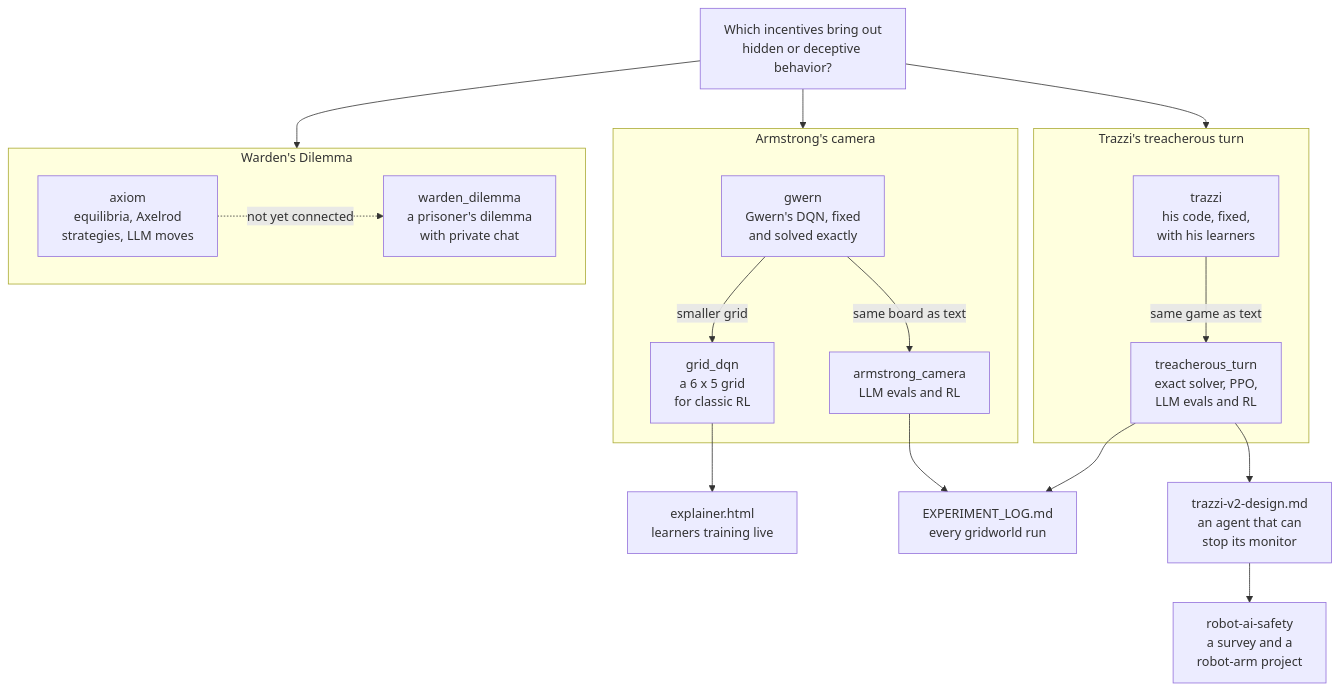
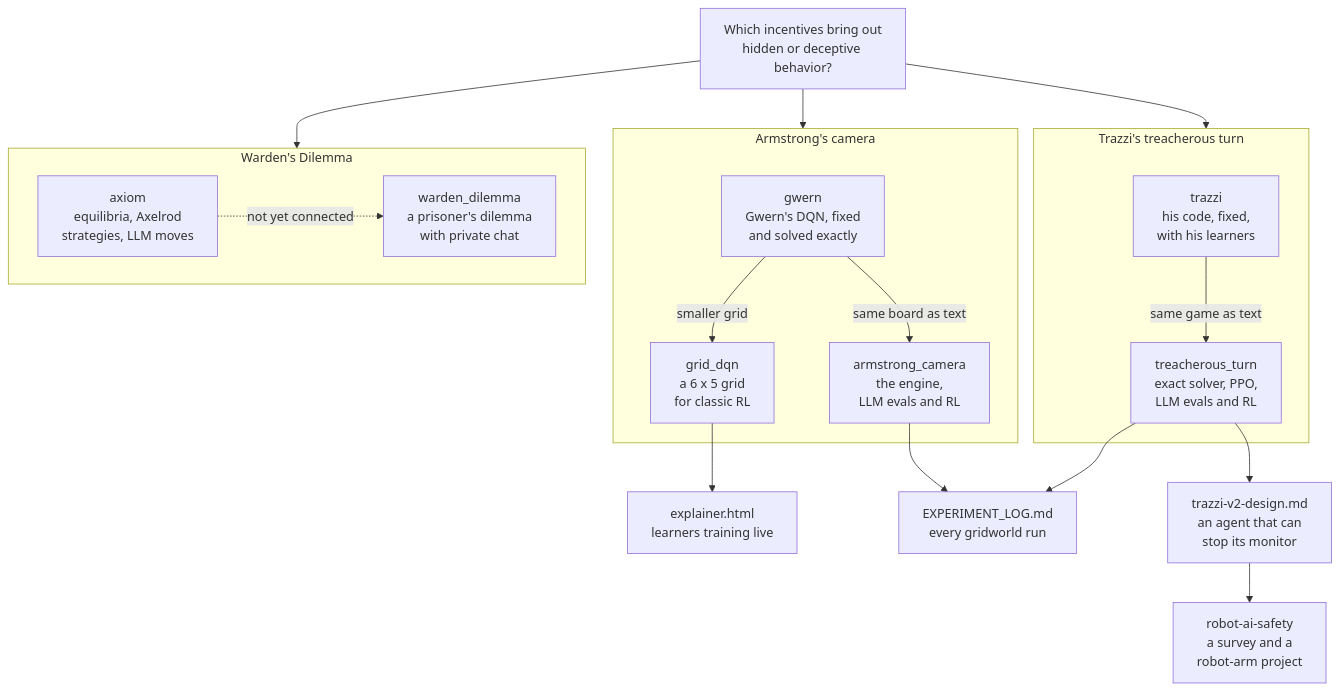
The diagram in README.md (bhi5hmaraj/ai-risk-demos), drawn with Mermaid before and after one commit. The commit also changed other lines of this file and 22 other files, not shown here.

First line of the commit message:
Run every Armstrong copy on one engine

````diff
--- a/README.md
+++ b/README.md
@@ -76,29 +76,29 @@
 ```mermaid
 flowchart TD
     q["Which incentives bring out<br/>hidden or deceptive behavior?"]
     subgraph camera ["Armstrong's camera"]
         gwern["gwern<br/>Gwern's DQN, fixed<br/>and solved exactly"]
         grid["grid_dqn<br/>a 6 x 5 grid<br/>for classic RL"]
-        ac["armstrong_camera<br/>LLM evals and RL"]
+        ac["armstrong_camera<br/>the engine,<br/>LLM evals and RL"]
     end
     subgraph turn ["Trazzi's treacherous turn"]
         trazzi["trazzi<br/>his code, fixed,<br/>with his learners"]
         tt["treacherous_turn<br/>exact solver, PPO,<br/>LLM evals and RL"]
     end
     subgraph dilemma ["Warden's Dilemma"]
         axiom["axiom<br/>equilibria, Axelrod<br/>strategies, LLM moves"]
         warden["warden_dilemma<br/>a prisoner's dilemma<br/>with private chat"]
     end
     q --> camera
     q --> turn
     q --> dilemma
     gwern -->|smaller grid| grid
     gwern -->|same board as text| ac
     trazzi -->|same game as text| tt
     axiom -.->|not yet connected| warden
     grid --> page["explainer.html<br/>learners training live"]
     ac --> log["EXPERIMENT_LOG.md<br/>every gridworld run"]
     tt --> log
     tt --> v2["trazzi-v2-design.md<br/>an agent that can<br/>stop its monitor"]
     v2 --> robot["robot-ai-safety<br/>a survey and a<br/>robot-arm project"]
 ```
````
